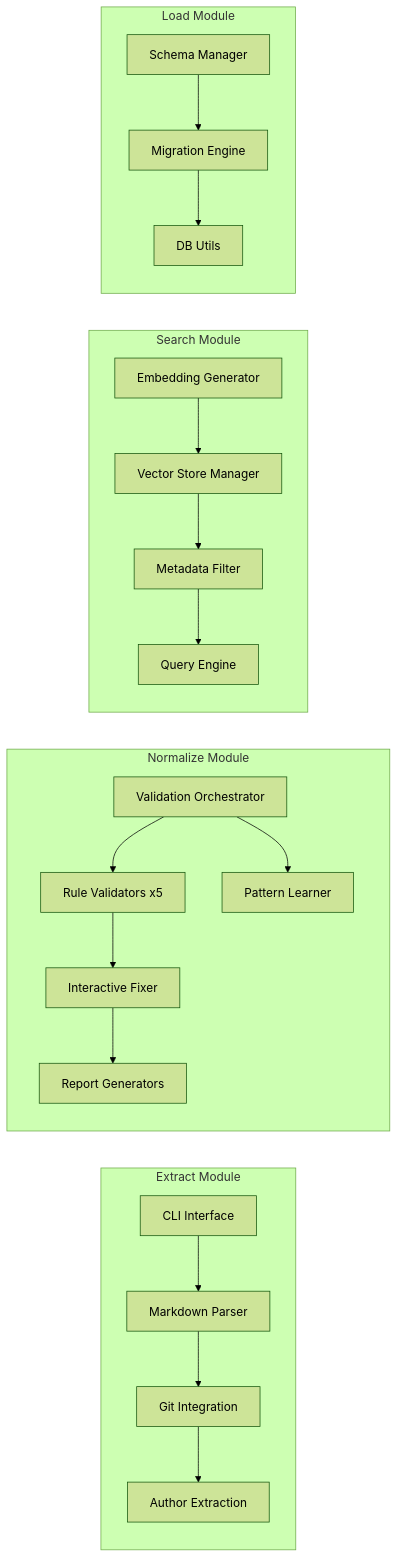
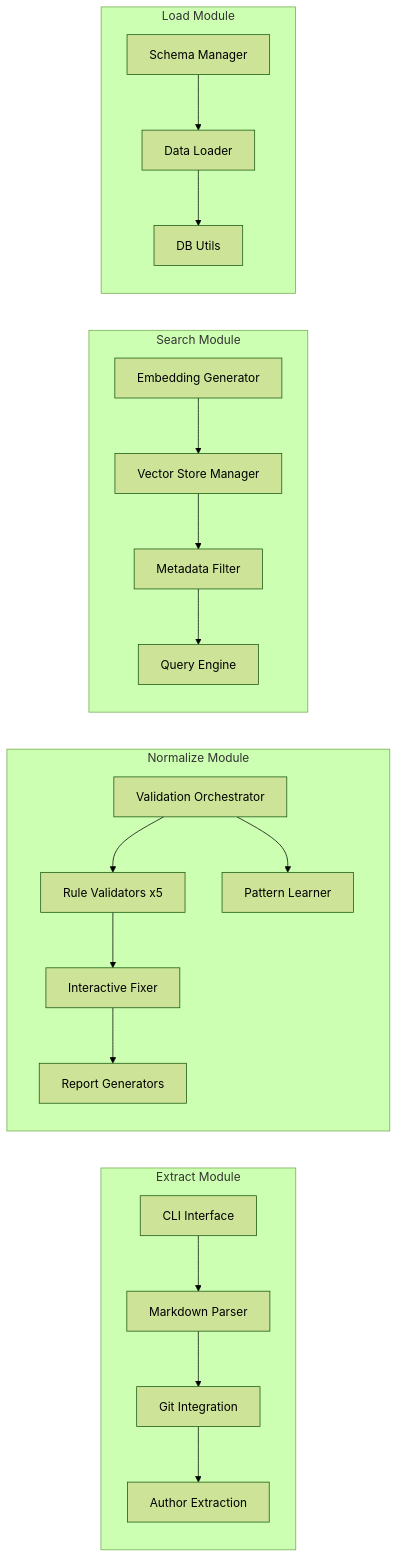
One commit to trvslhlt/git-reading changed the third of 5 diagrams in docs/ARCHITECTURE.md. Above: the diagram before and after it, drawn with Mermaid (forest theme). The commit also changed other lines of this file and 10 other files, not shown here.

````diff
--- a/docs/ARCHITECTURE.md
+++ b/docs/ARCHITECTURE.md
@@ -151,36 +151,36 @@
 ```mermaid
 graph LR
     subgraph "Extract Module"
         E1[CLI Interface]
         E2[Markdown Parser]
         E3[Git Integration]
         E4[Author Extraction]
     end
 
     subgraph "Normalize Module"
         N1[Validation Orchestrator]
         N2[Rule Validators x5]
         N3[Pattern Learner]
         N4[Interactive Fixer]
         N5[Report Generators]
     end
 
     subgraph "Search Module"
         S1[Embedding Generator]
         S2[Vector Store Manager]
         S3[Metadata Filter]
         S4[Query Engine]
     end
 
     subgraph "Load Module"
         L1[Schema Manager]
-        L2[Migration Engine]
+        L2[Data Loader]
         L3[DB Utils]
     end
 
     E1 --> E2 --> E3 --> E4
     N1 --> N2 & N3
     N2 --> N4 --> N5
     S1 --> S2 --> S3 --> S4
     L1 --> L2 --> L3
 ```
````
